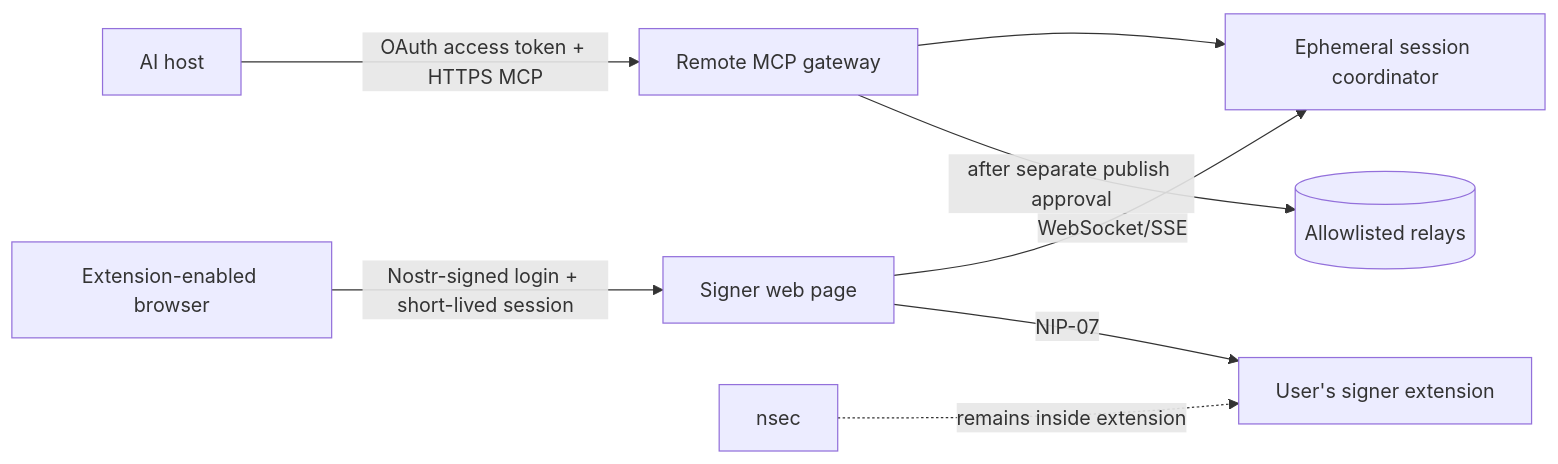
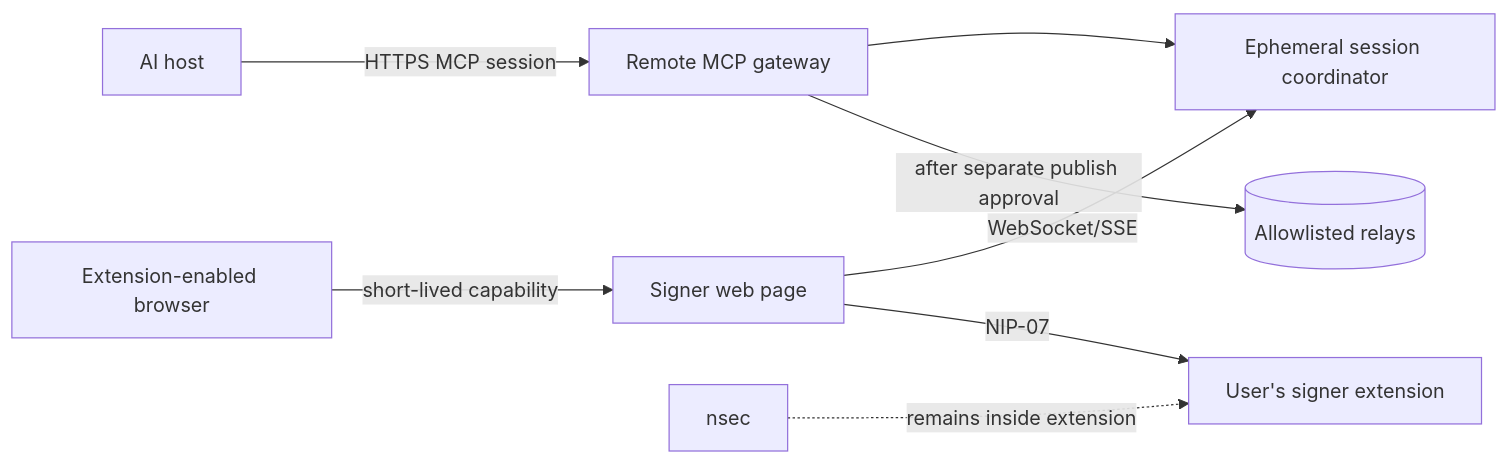
One commit to hudhaifahz/nostr-signer-chatgpt changed the diagram in HOSTED_SERVICE.md. Above: the diagram before and after it, drawn with Mermaid. The commit also changed other lines of this file and 13 other files, not shown here.

````diff
--- a/HOSTED_SERVICE.md
+++ b/HOSTED_SERVICE.md
@@ -39,11 +37,11 @@
 ```mermaid
 flowchart LR
-  A[AI host] -->|OAuth access token + HTTPS MCP| M[Remote MCP gateway]
-  B[Extension-enabled browser] -->|Nostr-signed login + short-lived session| W[Signer web page]
+  A[AI host] -->|HTTPS MCP session| M[Remote MCP gateway]
+  B[Extension-enabled browser] -->|short-lived capability| W[Signer web page]
   W -->|WebSocket/SSE| Q[Ephemeral session coordinator]
   M --> Q
   W -->|NIP-07| E[User's signer extension]
   M -->|after separate publish approval| R[(Allowlisted relays)]
 
   K[nsec] -. remains inside extension .-> E
 ```
````
